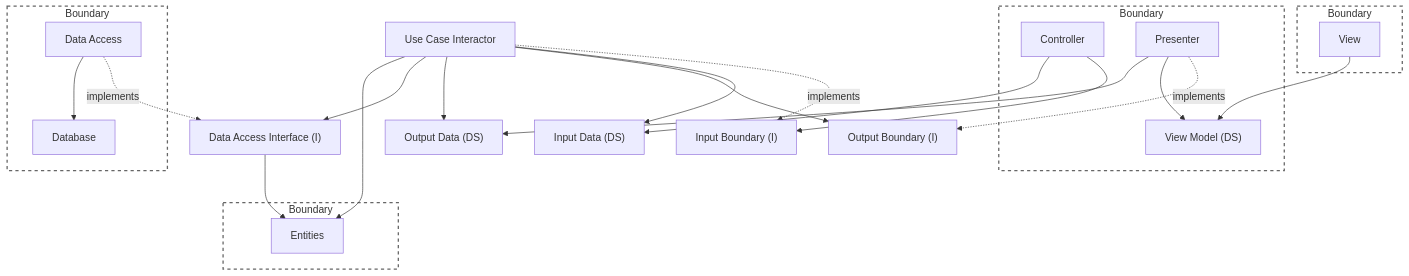
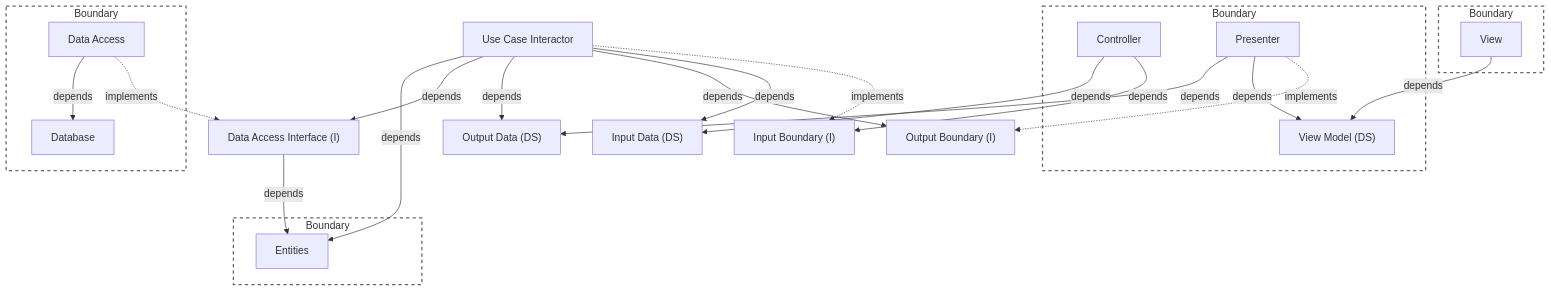
The third of 16 diagrams in docs/architecture.md (clean-reactive/documentation), drawn with Mermaid before and after one commit. The commit also changed other lines of this file, not shown here.

Commit message:
Architecture: label arrows in mermaid diagrams

````diff
--- a/docs/architecture.md
+++ b/docs/architecture.md
@@ -146,59 +146,59 @@
 ```mermaid
 graph TD
 
 subgraph B1["Boundary"]
 C[Controller]
 P[Presenter]
 VM["View Model (DS)"]
 end
 
 ID["Input Data (DS)"]
 IB["Input Boundary (I)"]
 
 OD["Output Data (DS)"]
 OB["Output Boundary (I)"]
 
 subgraph B2["Boundary"]
 V[View]
 end
 
 UC[Use Case Interactor]
 
 DAI["Data Access Interface (I)"]
 
 subgraph B3["Boundary"]
 DA[Data Access]
 DB[Database]
 end
 
 subgraph B4["Boundary"]
 E[Entities]
 end
 
 %% implementation relations
 P -. implements .-> OB
 UC -. implements .-> IB
 DA -. implements .-> DAI
 
 
 %% dependency relations
-C --> IB
-C --> ID
+C -- depends --> IB
+C -- depends --> ID
 
-P --> VM
-P --> OD
+P -- depends --> VM
+P -- depends --> OD
 
-V --> VM
+V -- depends --> VM
 
-UC --> ID
-UC --> OB
-UC --> OD
-UC --> DAI
-UC --> E
+UC -- depends --> ID
+UC -- depends --> OB
+UC -- depends --> OD
+UC -- depends --> DAI
+UC -- depends --> E
 
-DAI --> E
-DA --> DB
+DAI -- depends --> E
+DA -- depends --> DB
 
 classDef boundary fill:none,stroke:#666,stroke-width:2px,stroke-dasharray: 5 5;
 class B1,B2,B3,B4 boundary;
 ```
````
